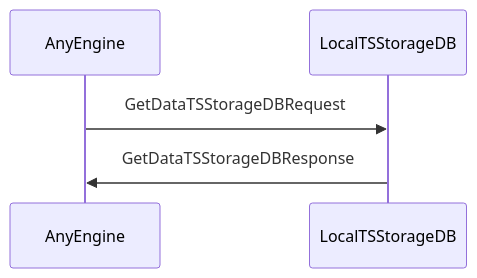
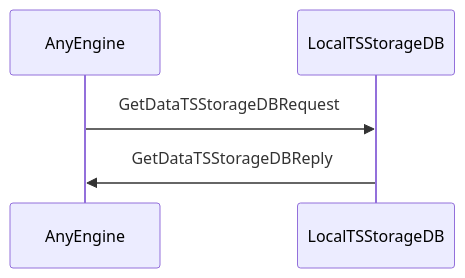
The first of 3 diagrams in docs/arch/node/engines/local_time_series_storage_messages.juvix.md (anoma/nspec), drawn with Mermaid before and after one commit. The commit also changed other lines of this file and 37 other files, not shown here.

````diff
--- a/docs/arch/node/engines/local_time_series_storage_messages.juvix.md
+++ b/docs/arch/node/engines/local_time_series_storage_messages.juvix.md
@@ -37,8 +37,8 @@
 ```mermaid
 sequenceDiagram
     participant AnyEngine
     participant LocalTSStorageDB
 
     AnyEngine ->> LocalTSStorageDB: GetDataTSStorageDBRequest
-    LocalTSStorageDB ->> AnyEngine: GetDataTSStorageDBResponse
+    LocalTSStorageDB ->> AnyEngine: GetDataTSStorageDBReply
 ```
````
